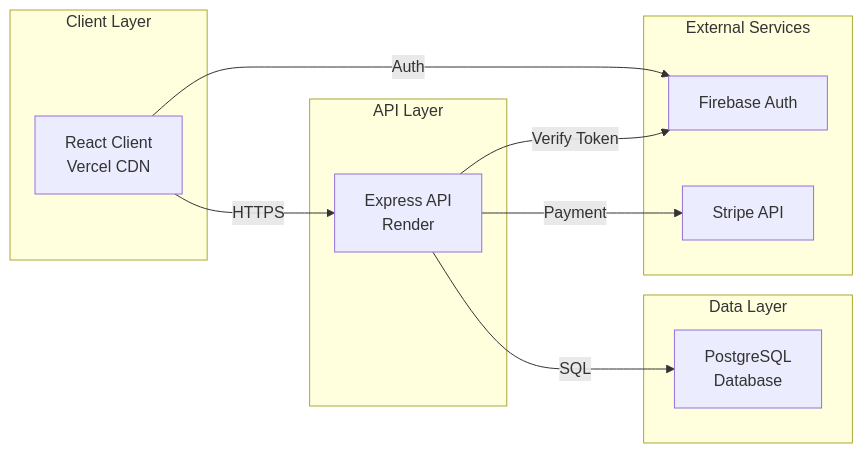
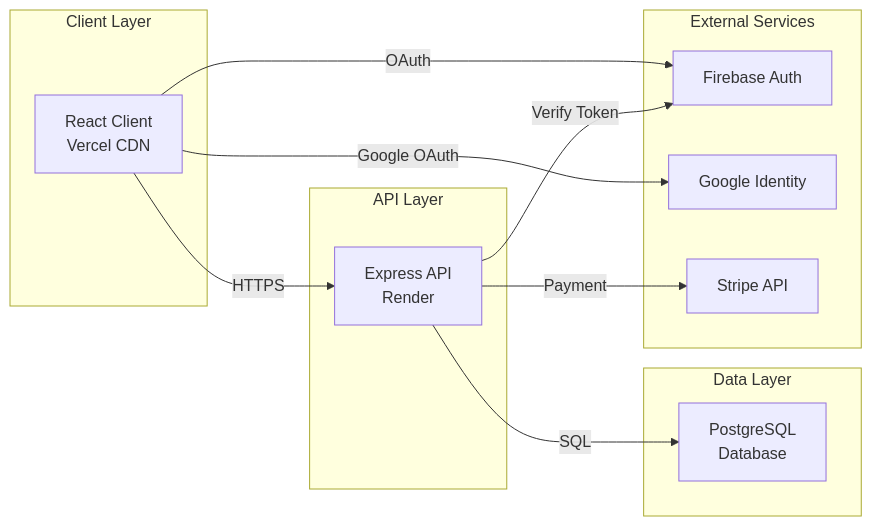
The diagram in README.md (miasdk/luxe), drawn with Mermaid before and after one commit. The commit also changed other lines of this file, not shown here.

````diff
--- a/README.md
+++ b/README.md
@@ -200,25 +204,27 @@
 ```mermaid
 graph LR
     A[React Client<br/>Vercel CDN] -->|HTTPS| B[Express API<br/>Render]
     B -->|SQL| C[PostgreSQL<br/>Database]
-    A -->|Auth| D[Firebase Auth]
+    A -->|OAuth| D[Firebase Auth]
+    A -->|Google OAuth| E[Google Identity]
     B -->|Verify Token| D
-    B -->|Payment| E[Stripe API]
+    B -->|Payment| F[Stripe API]
     
     subgraph "Client Layer"
         A
     end
     
     subgraph "API Layer"
         B
     end
     
     subgraph "Data Layer"
         C
     end
     
     subgraph "External Services"
         D
         E
+        F
     end
 ```
````
